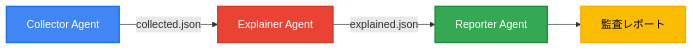
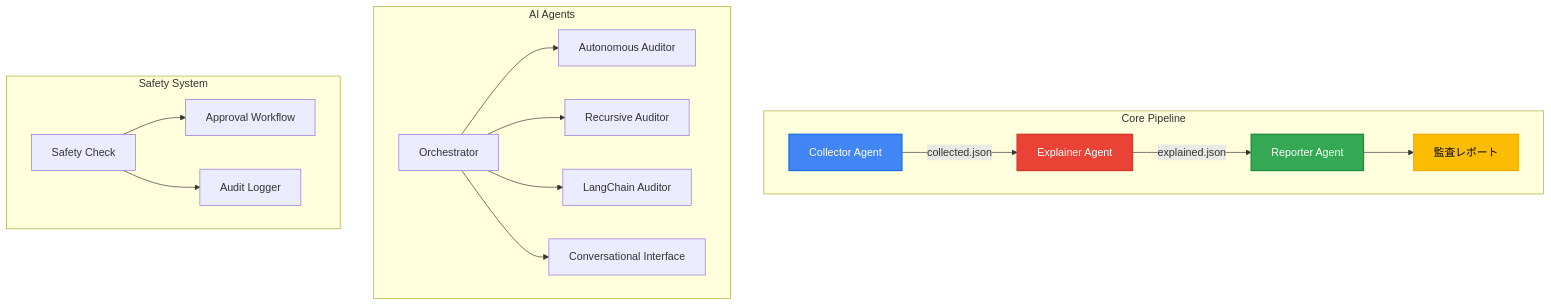
Before and after one commit to susumutomita/Paddi: the diagram in DEVELOPMENT.md, drawn with Mermaid. The commit also changed other lines of this file and 10 other files, not shown here.

````diff
--- a/DEVELOPMENT.md
+++ b/DEVELOPMENT.md
@@ -17,11 +17,25 @@
 ```mermaid
-graph LR
-    A[Collector Agent] -->|collected.json| B[Explainer Agent]
-    B -->|explained.json| C[Reporter Agent]
-    C --> D[監査レポート]
+graph TB
+    subgraph Core Pipeline
+        A[Collector Agent] -->|collected.json| B[Explainer Agent]
+        B -->|explained.json| C[Reporter Agent]
+        C --> D[監査レポート]
+    end
+    
+    subgraph AI Agents
+        E[Orchestrator] --> F[Autonomous Auditor]
+        E --> G[Recursive Auditor]
+        E --> H[LangChain Auditor]
+        E --> I[Conversational Interface]
+    end
+    
+    subgraph Safety System
+        J[Safety Check] --> K[Approval Workflow]
+        J --> L[Audit Logger]
+    end
 
     style A fill:#4285f4,stroke:#1a73e8,stroke-width:2px,color:#fff
     style B fill:#ea4335,stroke:#d33b27,stroke-width:2px,color:#fff
     style C fill:#34a853,stroke:#1e8e3e,stroke-width:2px,color:#fff
     style D fill:#fbbc04,stroke:#f9ab00,stroke-width:2px,color:#000
 ```
````
